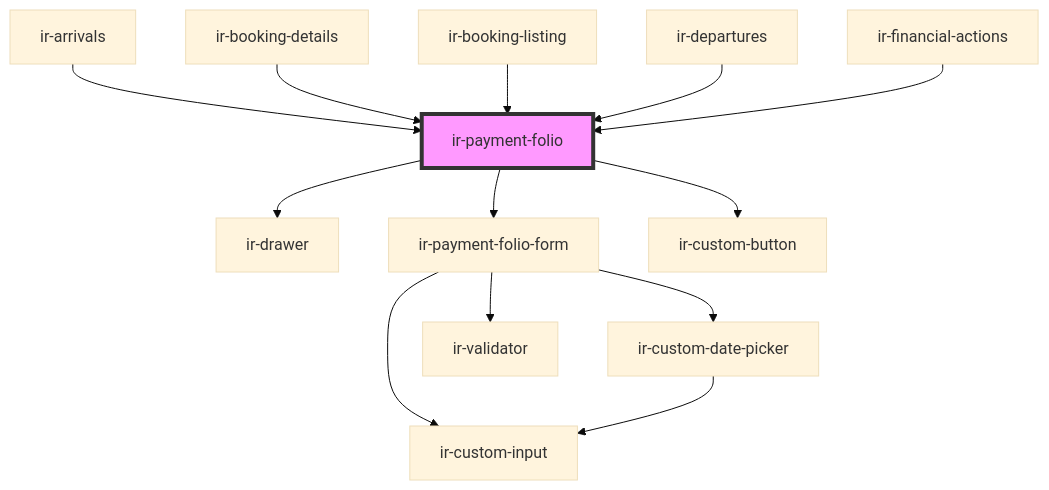
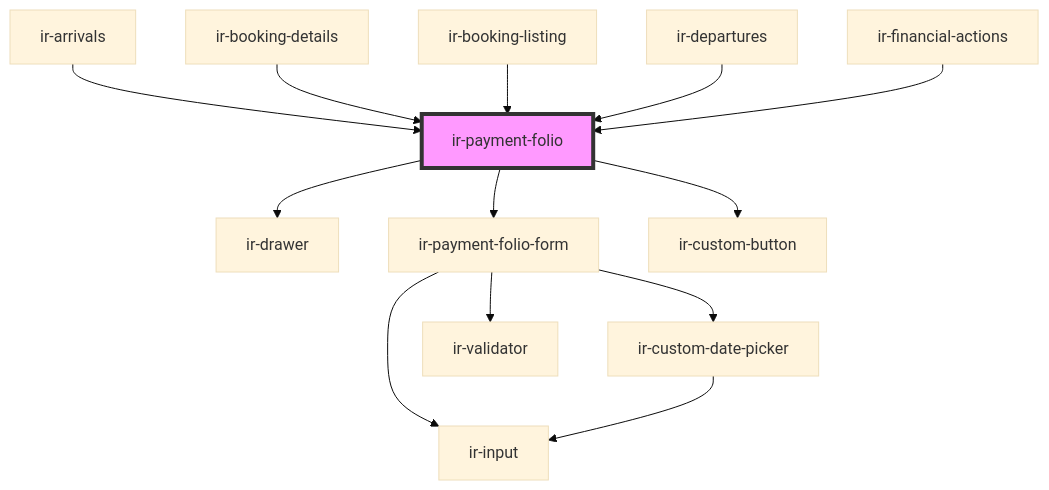
The diagram in src/components/ir-booking-details/ir-payment-details/ir-payment-folio/readme.md (David1Chowaifaty/modified-ir-webcmp), drawn with Mermaid (base theme) before and after one commit. The commit also changed 38 other files, not shown here.

````diff
--- a/src/components/ir-booking-details/ir-payment-details/ir-payment-folio/readme.md
+++ b/src/components/ir-booking-details/ir-payment-details/ir-payment-folio/readme.md
@@ -69,16 +69,16 @@
 ```mermaid
 graph TD;
   ir-payment-folio --> ir-drawer
   ir-payment-folio --> ir-payment-folio-form
   ir-payment-folio --> ir-custom-button
   ir-payment-folio-form --> ir-custom-date-picker
   ir-payment-folio-form --> ir-validator
-  ir-payment-folio-form --> ir-custom-input
-  ir-custom-date-picker --> ir-custom-input
+  ir-payment-folio-form --> ir-input
+  ir-custom-date-picker --> ir-input
   ir-arrivals --> ir-payment-folio
   ir-booking-details --> ir-payment-folio
   ir-booking-listing --> ir-payment-folio
   ir-departures --> ir-payment-folio
   ir-financial-actions --> ir-payment-folio
   style ir-payment-folio fill:#f9f,stroke:#333,stroke-width:4px
 ```
````
